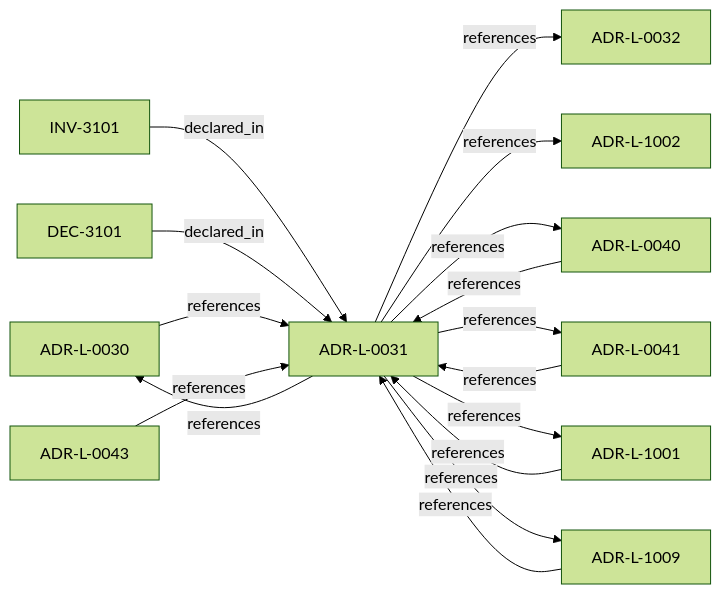
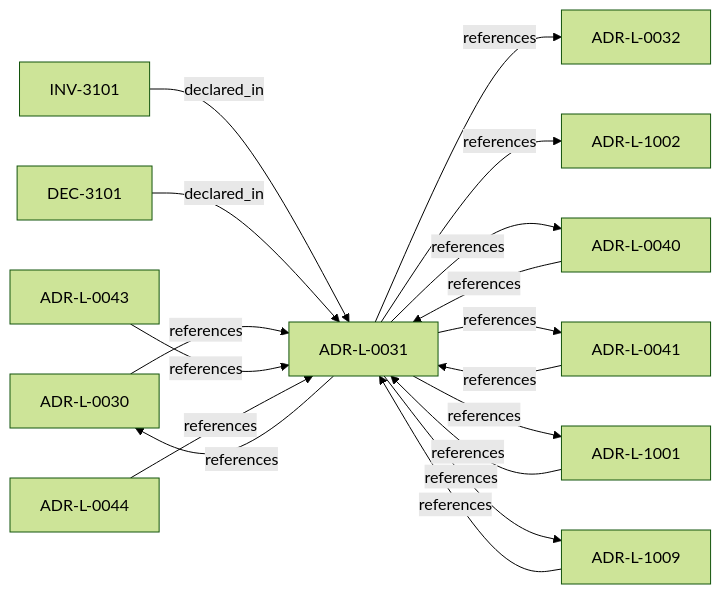
Before and after one commit to egallmann/ste-spec: the diagram in adrs/adr-projection/logical/ADR-L-0031-runtime-and-kernel-responsibility-boundary.md, drawn with Mermaid (forest theme). The commit also changed other lines of this file and 24 other files, not shown here.

````diff
--- a/adrs/adr-projection/logical/ADR-L-0031-runtime-and-kernel-responsibility-boundary.md
+++ b/adrs/adr-projection/logical/ADR-L-0031-runtime-and-kernel-responsibility-boundary.md
@@ -37,29 +37,31 @@
 ```mermaid
 flowchart LR
   n_01a04e96_1f5b_752a_bb27_9bfbb872ffc6["ADR-L-0030"]
   n_01a04e96_1f5b_7bf6_b33e_aa6024c35c48["INV-3101"]
   n_01a04e96_1f5b_7c4e_aa1f_a1734a987329["DEC-3101"]
   n_01a04e96_1f5b_7c56_bc3f_75fbbc94d42b["ADR-L-0031"]
   n_01a04e96_1f5b_7ece_bf1f_4f6ac80361f5["ADR-L-0032"]
   n_01a04e96_1f5c_72a7_8a1b_81cf44933af3["ADR-L-0043"]
   n_01a04e96_1f5c_73c9_ad1f_df05ef43cae1["ADR-L-1002"]
   n_01a04e96_1f5c_78e0_823f_3c915d07acd6["ADR-L-0040"]
   n_01a04e96_1f5c_7e5b_9837_1dea58886565["ADR-L-0041"]
   n_01a04e96_1f5c_7eef_9c36_e3ff0be7a77d["ADR-L-1001"]
   n_01a04e96_1f5d_7793_873c_136f29f470be["ADR-L-1009"]
+  n_01a06490_5b3c_76c0_9da2_abc5d28f8970["ADR-L-0044"]
   n_01a04e96_1f5b_7bf6_b33e_aa6024c35c48 -->|"declared_in"| n_01a04e96_1f5b_7c56_bc3f_75fbbc94d42b
   n_01a04e96_1f5b_7c4e_aa1f_a1734a987329 -->|"declared_in"| n_01a04e96_1f5b_7c56_bc3f_75fbbc94d42b
   n_01a04e96_1f5b_752a_bb27_9bfbb872ffc6 -->|"references"| n_01a04e96_1f5b_7c56_bc3f_75fbbc94d42b
   n_01a04e96_1f5b_7c56_bc3f_75fbbc94d42b -->|"references"| n_01a04e96_1f5b_752a_bb27_9bfbb872ffc6
   n_01a04e96_1f5b_7c56_bc3f_75fbbc94d42b -->|"references"| n_01a04e96_1f5b_7ece_bf1f_4f6ac80361f5
   n_01a04e96_1f5b_7c56_bc3f_75fbbc94d42b -->|"references"| n_01a04e96_1f5c_73c9_ad1f_df05ef43cae1
   n_01a04e96_1f5b_7c56_bc3f_75fbbc94d42b -->|"references"| n_01a04e96_1f5c_78e0_823f_3c915d07acd6
   n_01a04e96_1f5b_7c56_bc3f_75fbbc94d42b -->|"references"| n_01a04e96_1f5c_7e5b_9837_1dea58886565
   n_01a04e96_1f5b_7c56_bc3f_75fbbc94d42b -->|"references"| n_01a04e96_1f5c_7eef_9c36_e3ff0be7a77d
   n_01a04e96_1f5b_7c56_bc3f_75fbbc94d42b -->|"references"| n_01a04e96_1f5d_7793_873c_136f29f470be
   n_01a04e96_1f5c_72a7_8a1b_81cf44933af3 -->|"references"| n_01a04e96_1f5b_7c56_bc3f_75fbbc94d42b
   n_01a04e96_1f5c_78e0_823f_3c915d07acd6 -->|"references"| n_01a04e96_1f5b_7c56_bc3f_75fbbc94d42b
   n_01a04e96_1f5c_7e5b_9837_1dea58886565 -->|"references"| n_01a04e96_1f5b_7c56_bc3f_75fbbc94d42b
   n_01a04e96_1f5c_7eef_9c36_e3ff0be7a77d -->|"references"| n_01a04e96_1f5b_7c56_bc3f_75fbbc94d42b
   n_01a04e96_1f5d_7793_873c_136f29f470be -->|"references"| n_01a04e96_1f5b_7c56_bc3f_75fbbc94d42b
+  n_01a06490_5b3c_76c0_9da2_abc5d28f8970 -->|"references"| n_01a04e96_1f5b_7c56_bc3f_75fbbc94d42b
 ```
````
